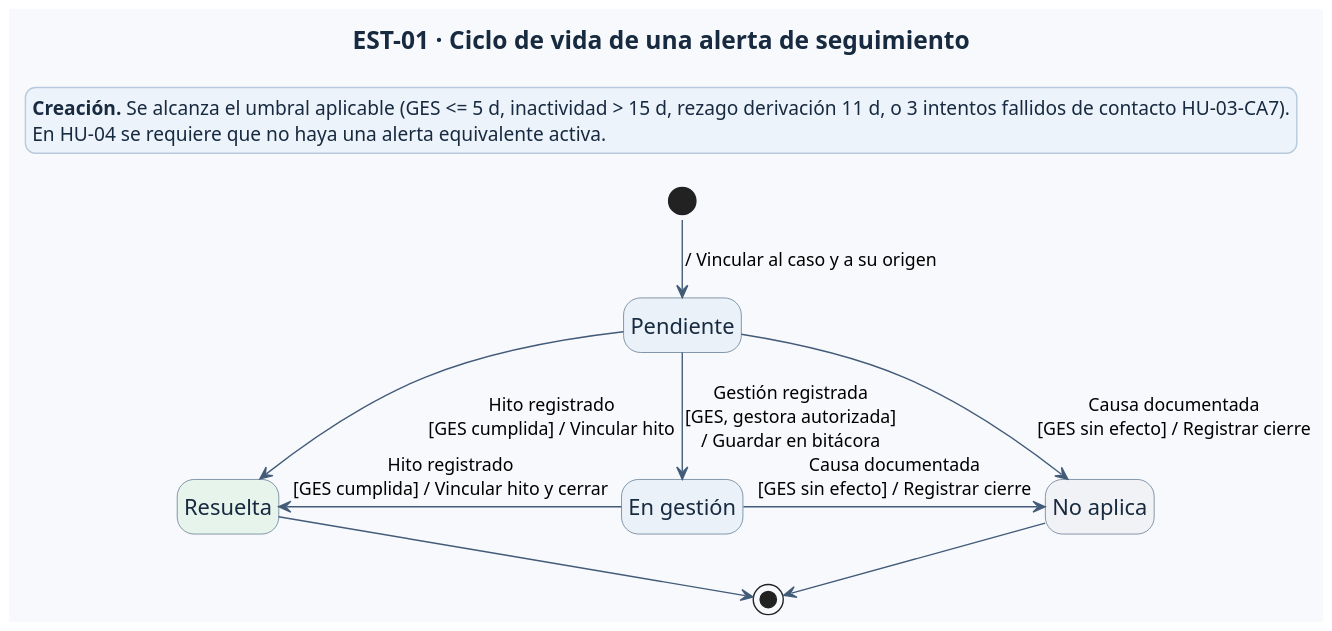
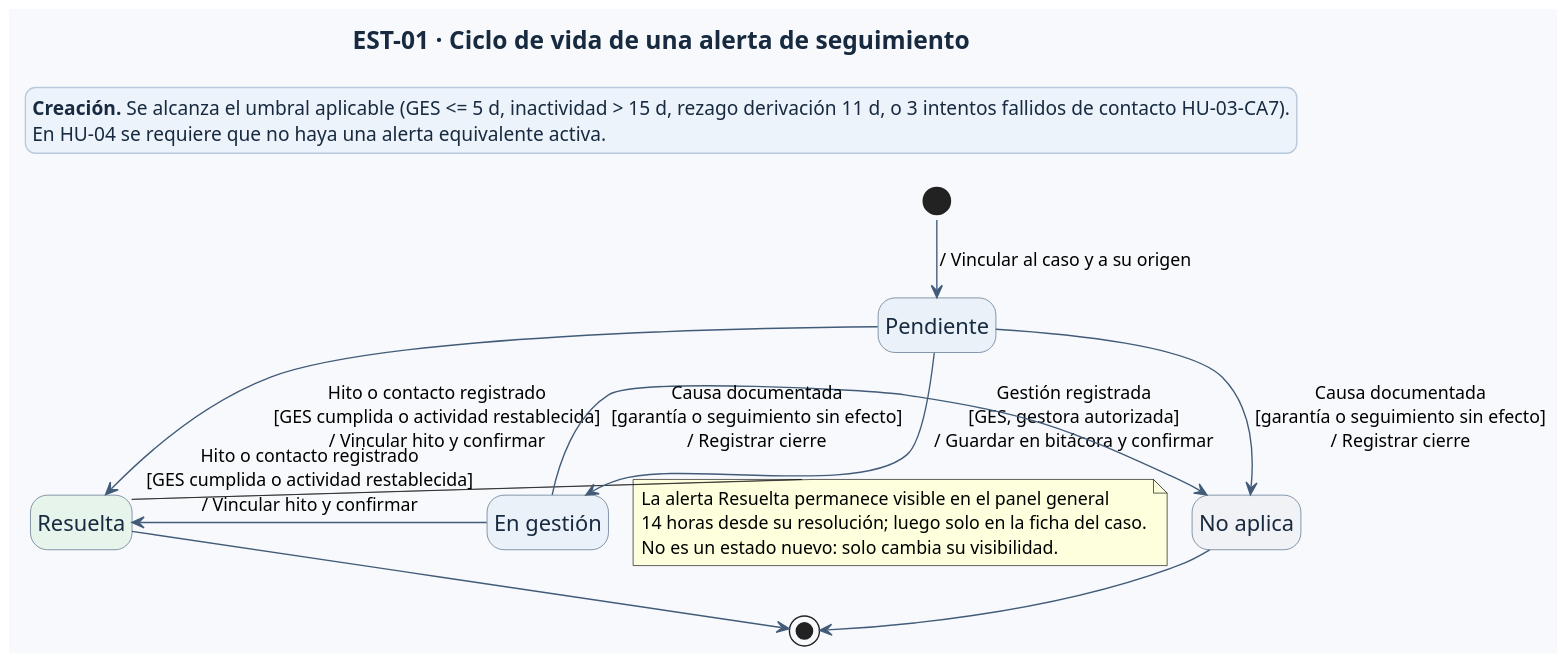
One commit to br1fz/OncoTrace changed the first of 4 diagrams in diagramas/estados-objetos.puml. Above: the diagram before and after it, drawn with PlantUML. The commit also changed 10 other files, not shown here.

```diff
--- a/diagramas/estados-objetos.puml
+++ b/diagramas/estados-objetos.puml
@@ -2,44 +2,50 @@
 @startuml EST-01-AlertaSeguimiento
 !pragma layout smetana
 hide empty description
 skinparam shadowing false
 skinparam dpi 144
 skinparam backgroundColor #F7F9FC
 skinparam defaultFontName SansSerif
 skinparam titleFontSize 18
 skinparam titleFontColor #172A40
 skinparam stateFontSize 16
 skinparam stateArrowFontSize 13
 skinparam legendBackgroundColor #EDF3FA
 skinparam legendBorderColor #B7C9DD
 skinparam legendFontColor #172A40
 skinparam state {
   BackgroundColor #EAF1F8
   BorderColor #526B87
   FontColor #172A40
   ArrowColor #425B78
   StartColor #526B87
   EndColor #526B87
 }
 
 title EST-01 · Ciclo de vida de una alerta de seguimiento
 
 state "Pendiente" as P
 state "En gestión" as G
 state "Resuelta" as R #E7F4EC
 state "No aplica" as N #F0F2F5
 
 [*] -down-> P : / Vincular al caso y a su origen
-P -down-> G : Gestión registrada\n[GES, gestora autorizada]\n/ Guardar en bitácora
-P -down-> R : Hito registrado\n[GES cumplida] / Vincular hito
-P -down-> N : Causa documentada\n[GES sin efecto] / Registrar cierre
-G -left-> R : Hito registrado\n[GES cumplida] / Vincular hito y cerrar
-G -right-> N : Causa documentada\n[GES sin efecto] / Registrar cierre
+P -down-> G : Gestión registrada\n[GES, gestora autorizada]\n/ Guardar en bitácora y confirmar
+P -down-> R : Hito o contacto registrado\n[GES cumplida o actividad restablecida]\n/ Vincular hito y confirmar
+P -down-> N : Causa documentada\n[garantía o seguimiento sin efecto]\n/ Registrar cierre
+G -left-> R : Hito o contacto registrado\n[GES cumplida o actividad restablecida]\n/ Vincular hito y confirmar
+G -right-> N : Causa documentada\n[garantía o seguimiento sin efecto]\n/ Registrar cierre
 R -down-> [*]
 N -down-> [*]
+
+note right of R
+La alerta Resuelta permanece visible en el panel general
+14 horas desde su resolución; luego solo en la ficha del caso.
+No es un estado nuevo: solo cambia su visibilidad.
+end note
 
 legend top
   **Creación.** Se alcanza el umbral aplicable (GES <= 5 d, inactividad > 15 d, rezago derivación 11 d, o 3 intentos fallidos de contacto HU-03-CA7).
   En HU-04 se requiere que no haya una alerta equivalente activa.
 endlegend
 @enduml
```
